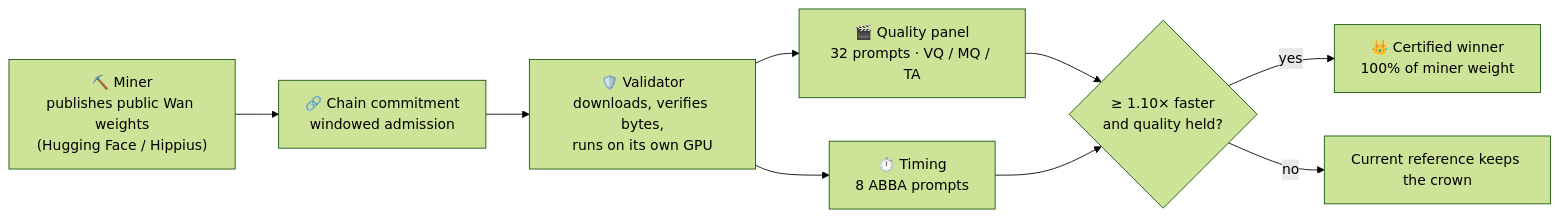
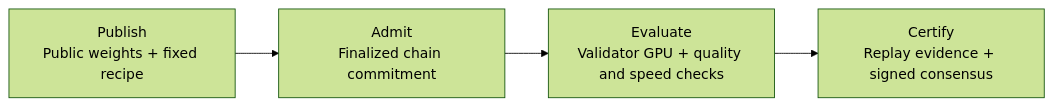
Before and after one commit to attelierai/attelier_subnet: the diagram in README.md, drawn with Mermaid (forest theme). The commit also changed other lines of this file, not shown here.

````diff
--- a/README.md
+++ b/README.md
@@ -103,11 +76,6 @@
 ```mermaid
 flowchart LR
-    M["⛏️ Miner<br/>publishes public Wan weights<br/>(Hugging Face / Hippius)"] --> C["🔗 Chain commitment<br/>windowed admission"]
-    C --> V["🛡️ Validator<br/>downloads, verifies bytes,<br/>runs on its own GPU"]
-    V --> Q["🎬 Quality panel<br/>32 prompts · VQ / MQ / TA"]
-    V --> T["⏱️ Timing<br/>8 ABBA prompts"]
-    Q --> G{"≥ 1.10× faster<br/>and quality held?"}
-    T --> G
-    G -- yes --> W["👑 Certified winner<br/>100% of miner weight"]
-    G -- no --> K["Current reference keeps the crown"]
+    P["Publish<br/>Public weights + fixed recipe"] --> A["Admit<br/>Finalized chain commitment"]
+    A --> E["Evaluate<br/>Validator GPU + quality and speed checks"]
+    E --> C["Certify<br/>Replay evidence + signed consensus"]
 ```
````
